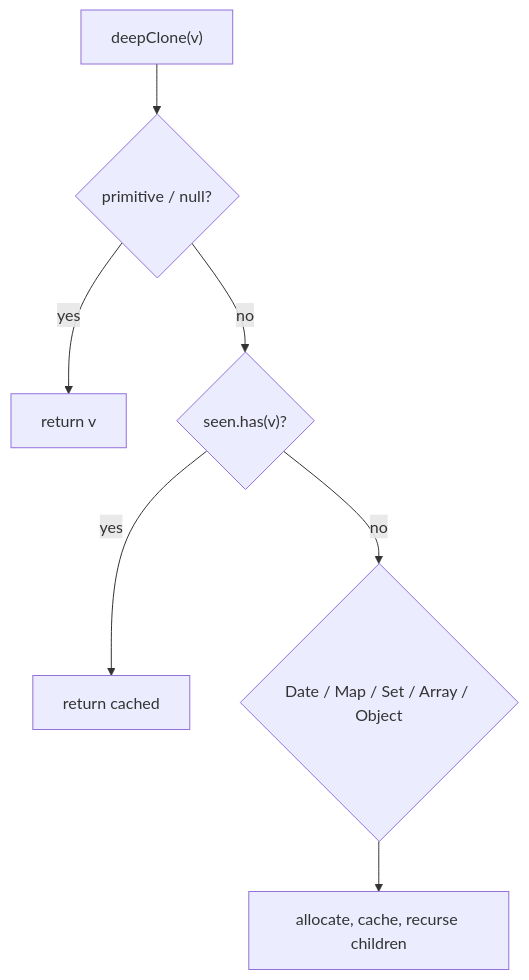
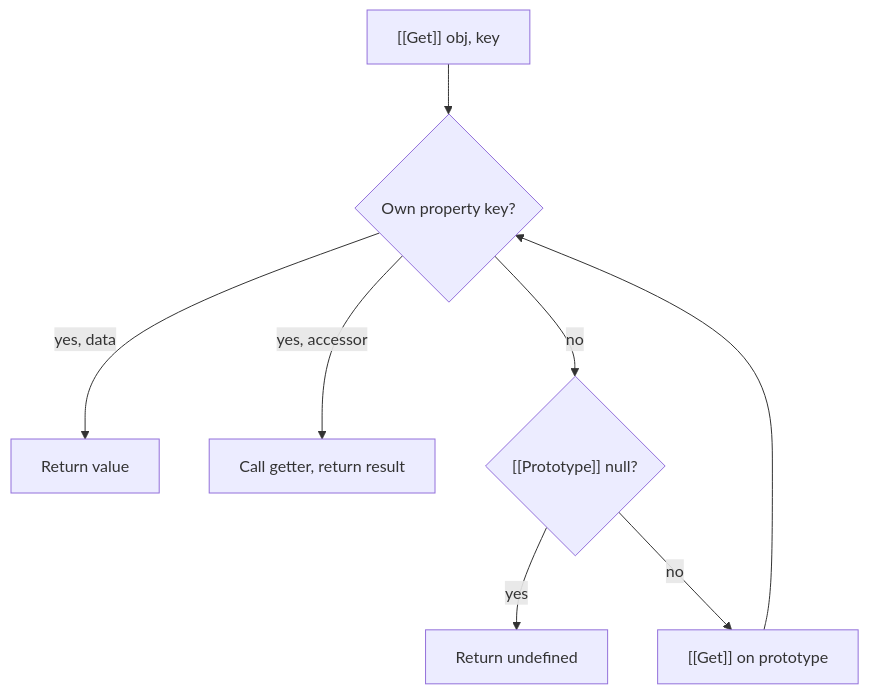
One commit to prajjwaljogdand/FullstackPreparation changed the fourth of 7 diagrams in docs/javascript/14-objects.md. Above: the diagram before and after it, drawn with Mermaid. The commit also changed other lines of this file and 91 other files, not shown here.

````diff
--- a/docs/javascript/14-objects.md
+++ b/docs/javascript/14-objects.md
@@ -257,9 +266,10 @@
 ```mermaid
 flowchart TD
-  start["deepClone(v)"] --> prim{"primitive / null?"}
-  prim -->|yes| ret["return v"]
-  prim -->|no| cycle{"seen.has(v)?"}
-  cycle -->|yes| retSeen["return cached"]
-  cycle -->|no| type{"Date / Map / Set / Array / Object"}
-  type --> recurse["allocate, cache, recurse children"]
+  start["[[Get]] obj, key"] --> own{"Own property key?"}
+  own -->|yes, data| retV["Return value"]
+  own -->|yes, accessor| callG["Call getter, return result"]
+  own -->|no| proto{"[[Prototype]] null?"}
+  proto -->|yes| undef["Return undefined"]
+  proto -->|no| walk["[[Get]] on prototype"]
+  walk --> own
 ```
````
